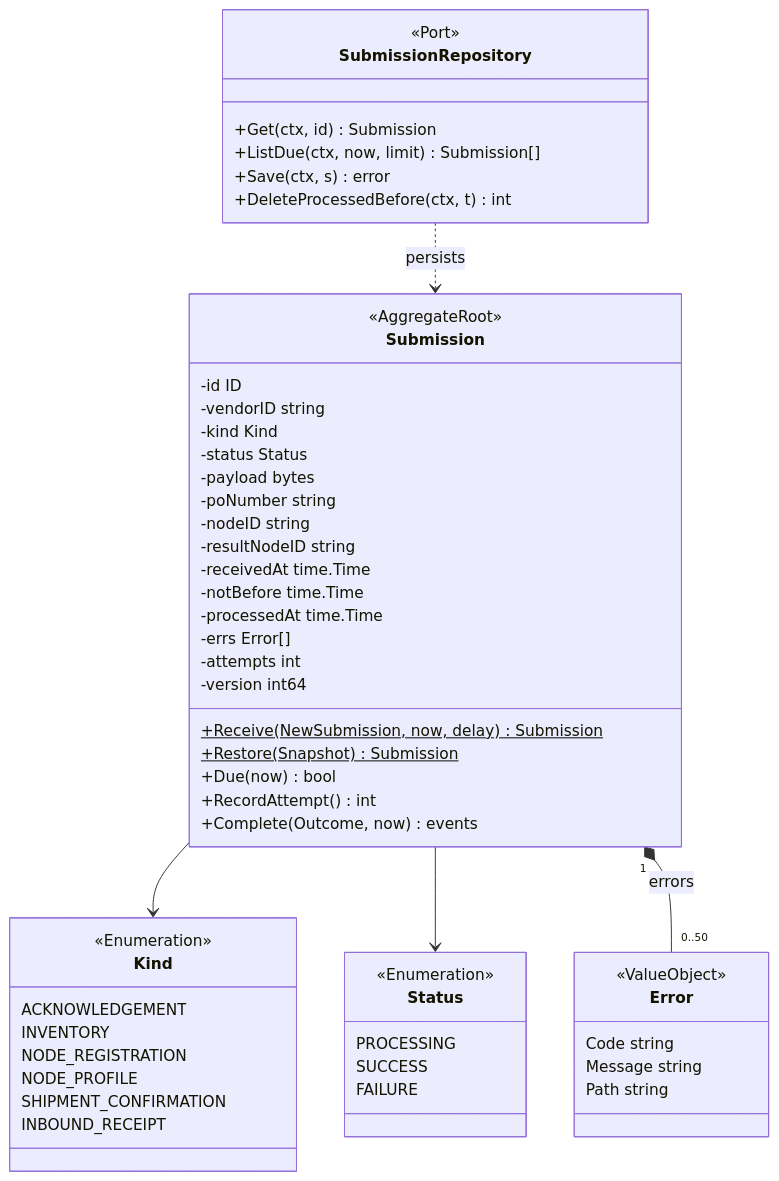
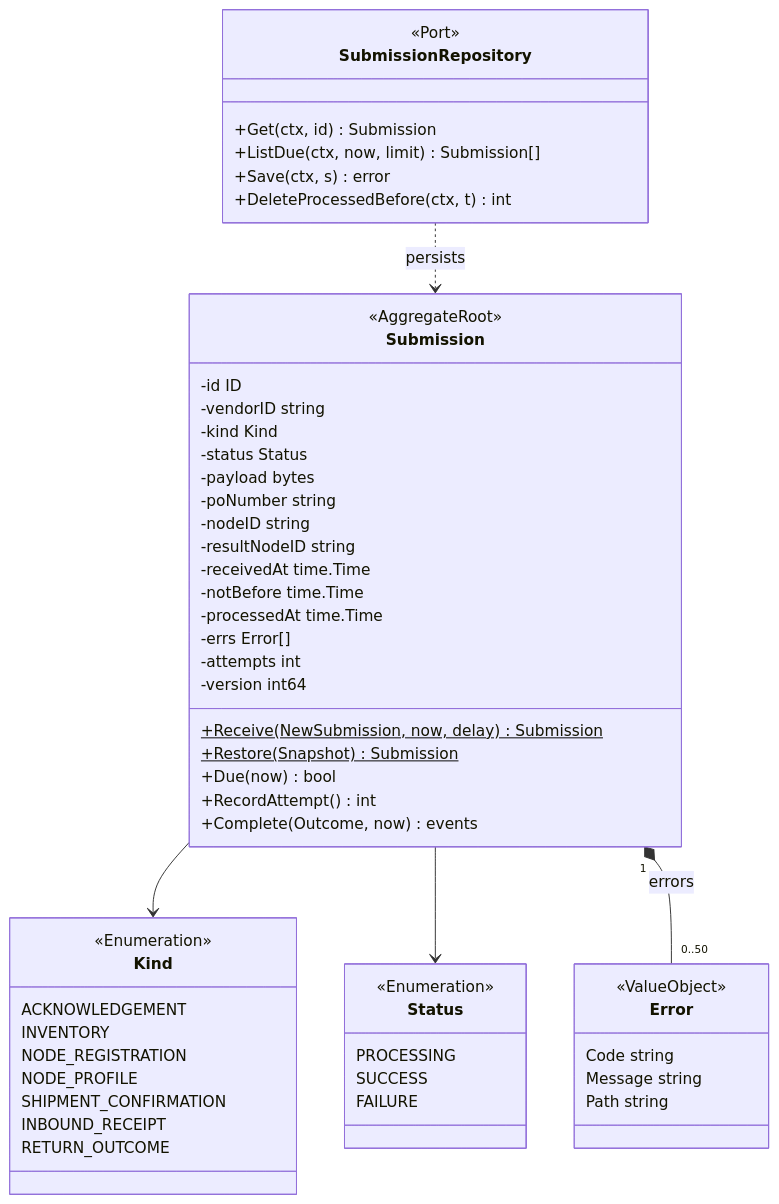
One commit to IQVO/vendor-connectivity changed the third of 7 diagrams in docs/docs/ddd/class-diagram.md. Above: the diagram before and after it, drawn with Mermaid. The commit also changed 15 other files, not shown here.

First line of the commit message:
docs(openapi): RETURN_OUTCOME is a submission kind

````diff
--- a/docs/docs/ddd/class-diagram.md
+++ b/docs/docs/ddd/class-diagram.md
@@ -174,58 +174,59 @@
 ```mermaid
 classDiagram
     direction TB
     class Submission {
         <<AggregateRoot>>
         -id ID
         -vendorID string
         -kind Kind
         -status Status
         -payload bytes
         -poNumber string
         -nodeID string
         -resultNodeID string
         -receivedAt time.Time
         -notBefore time.Time
         -processedAt time.Time
         -errs Error[]
         -attempts int
         -version int64
         +Receive(NewSubmission, now, delay)$ Submission
         +Restore(Snapshot)$ Submission
         +Due(now) bool
         +RecordAttempt() int
         +Complete(Outcome, now) events
     }
     class Kind {
         <<Enumeration>>
         ACKNOWLEDGEMENT
         INVENTORY
         NODE_REGISTRATION
         NODE_PROFILE
         SHIPMENT_CONFIRMATION
         INBOUND_RECEIPT
+        RETURN_OUTCOME
     }
     class Status {
         <<Enumeration>>
         PROCESSING
         SUCCESS
         FAILURE
     }
     class Error {
         <<ValueObject>>
         Code string
         Message string
         Path string
     }
     class SubmissionRepository {
         <<Port>>
         +Get(ctx, id) Submission
         +ListDue(ctx, now, limit) Submission[]
         +Save(ctx, s) error
         +DeleteProcessedBefore(ctx, t) int
     }
     Submission --> Kind
     Submission --> Status
     Submission "1" *-- "0..50" Error : errors
     SubmissionRepository ..> Submission : persists
 ```
````
